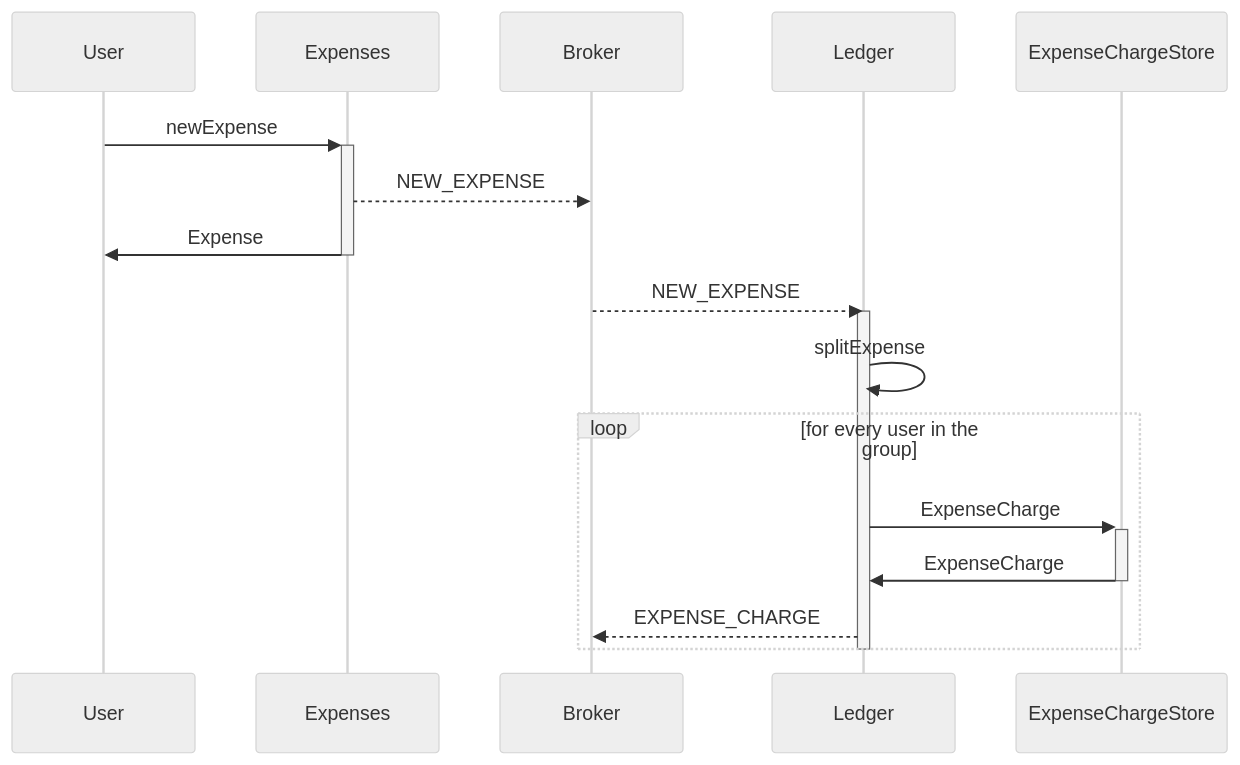
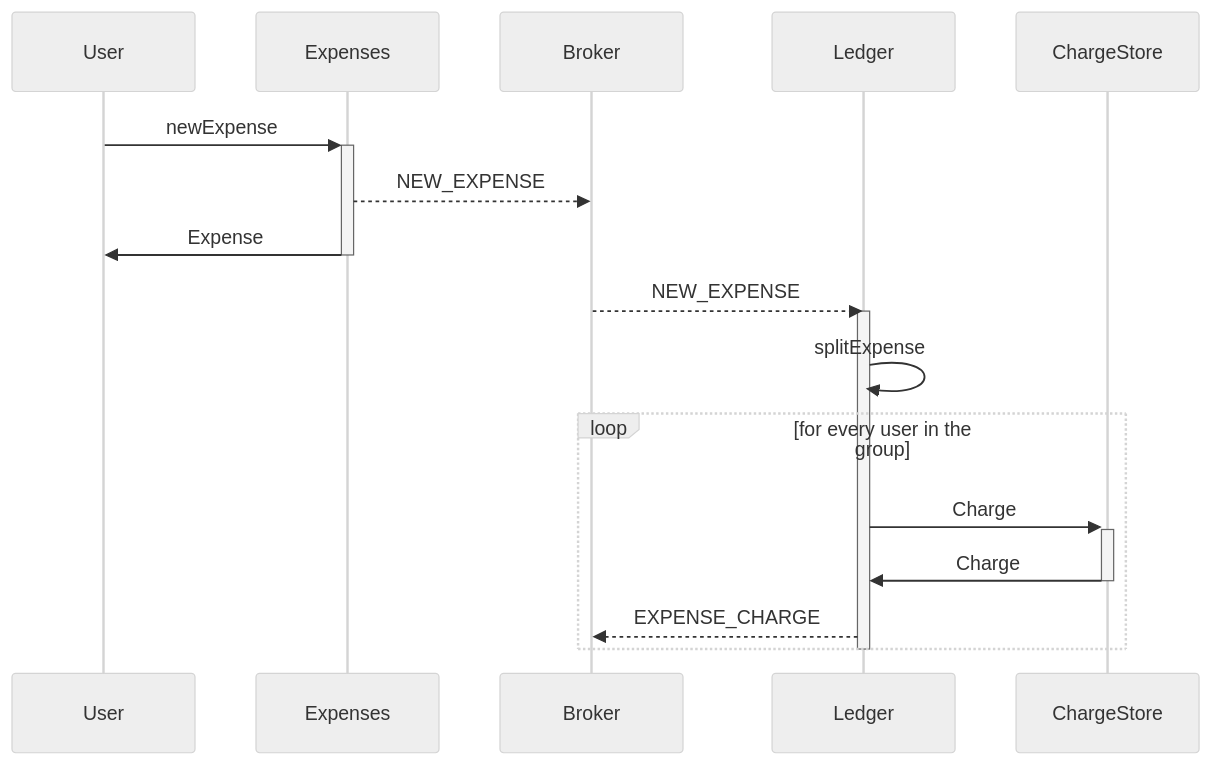
Before and after one commit to Cirius1792/expense-app-v3: the first of 4 diagrams in README.md, drawn with Mermaid (neutral theme). The commit also changed other lines of this file and 137 other files, not shown here.

````diff
--- a/README.md
+++ b/README.md
@@ -4,15 +34,15 @@
 ```mermaid
 sequenceDiagram
     User ->>+ Expenses: newExpense
     Expenses -->> Broker: NEW_EXPENSE
     Expenses ->>- User: Expense
     Broker -->> Ledger: NEW_EXPENSE
     activate Ledger
     Ledger ->> Ledger: splitExpense
     loop for every user in the group
-        Ledger ->>+ ExpenseChargeStore: ExpenseCharge
-        ExpenseChargeStore ->>- Ledger: ExpenseCharge
+        Ledger ->>+ ChargeStore: Charge
+        ChargeStore ->>- Ledger: Charge
         Ledger -->> Broker: EXPENSE_CHARGE
     end
     deactivate Ledger
 ```
````
